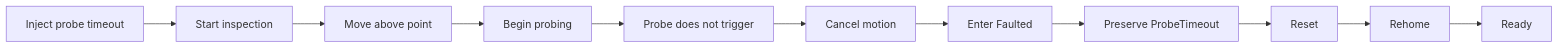
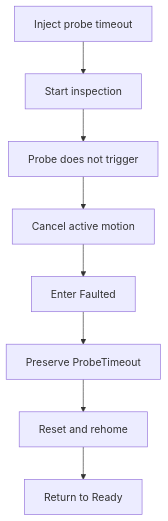
One commit to parthoece/multiaxis-motion-sim changed the first of 3 diagrams in README.md. Above: the diagram before and after it, drawn with Mermaid. The commit also changed other lines of this file, not shown here.

````diff
--- a/README.md
+++ b/README.md
@@ -123,13 +160,19 @@
 ```mermaid
-flowchart LR
-    A[Inject probe timeout] --> B[Start inspection]
-    B --> C[Move above point]
-    C --> D[Begin probing]
-    D --> E[Probe does not trigger]
-    E --> F[Cancel motion]
-    F --> G[Enter Faulted]
-    G --> H[Preserve ProbeTimeout]
-    H --> I[Reset]
-    I --> J[Rehome]
-    J --> K[Ready]
+flowchart TB
+    A[Inject probe timeout]
+    B[Start inspection]
+    C[Probe does not trigger]
+    D[Cancel active motion]
+    E[Enter Faulted]
+    F[Preserve ProbeTimeout]
+    G[Reset and rehome]
+    H[Return to Ready]
+
+    A --> B
+    B --> C
+    C --> D
+    D --> E
+    E --> F
+    F --> G
+    G --> H
 ```
````
